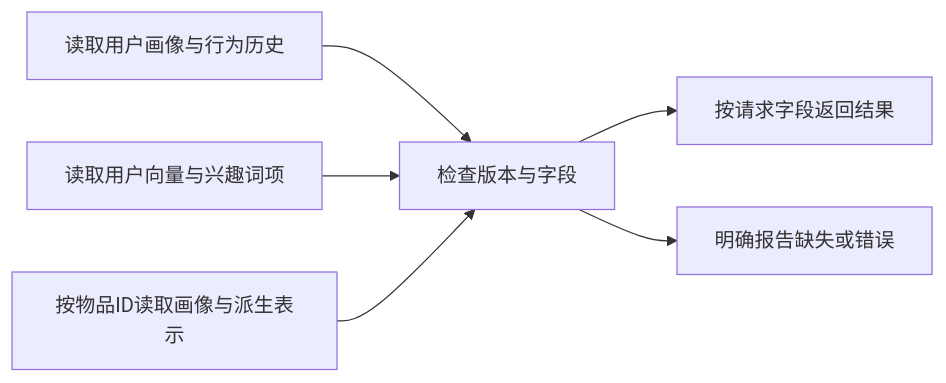
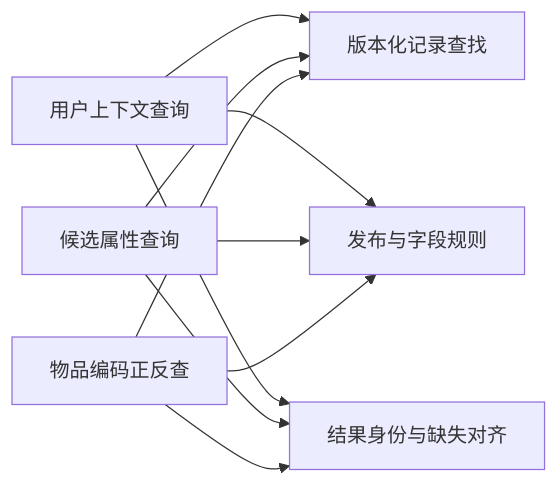
Before and after one commit to bitianyuan123/docs: the first of 6 diagrams in 05_feature_data.md, drawn with Mermaid. The commit also changed other lines of this file and 141 other files, not shown here.

````diff
--- a/05_feature_data.md
+++ b/05_feature_data.md
@@ -28,8 +25,12 @@
 ```mermaid
 flowchart LR
-    A[读取用户画像与行为历史] --> D[检查版本与字段]
-    B[读取用户向量与兴趣词项] --> D
-    C[按物品ID读取画像与派生表示] --> D
-    D --> E[按请求字段返回结果]
-    D --> F[明确报告缺失或错误]
+    U[用户上下文查询] --> R[版本化记录查找]
+    I[候选属性查询] --> R
+    S[物品编码正反查] --> R
+    U --> V[发布与字段规则]
+    I --> V
+    S --> V
+    U --> A[结果身份与缺失对齐]
+    I --> A
+    S --> A
 ```
````
